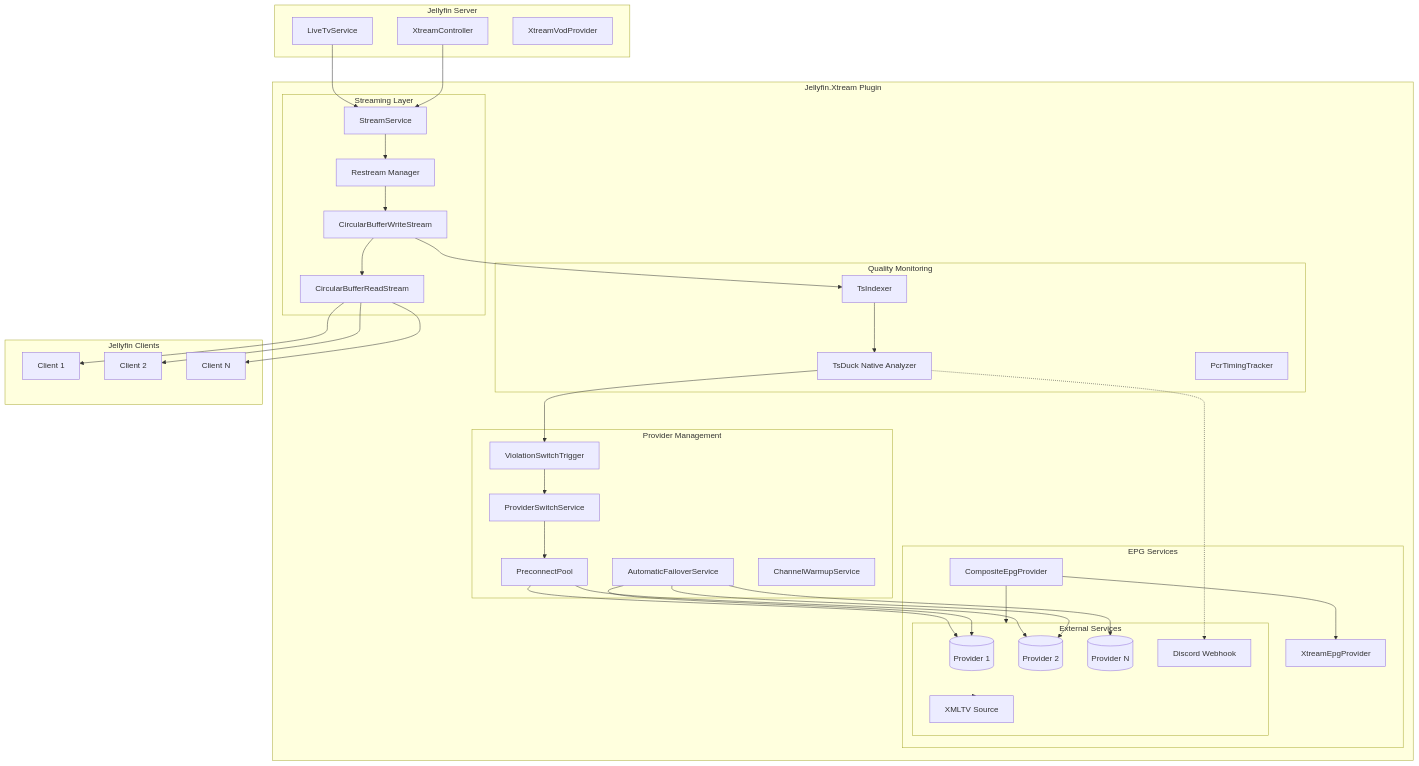
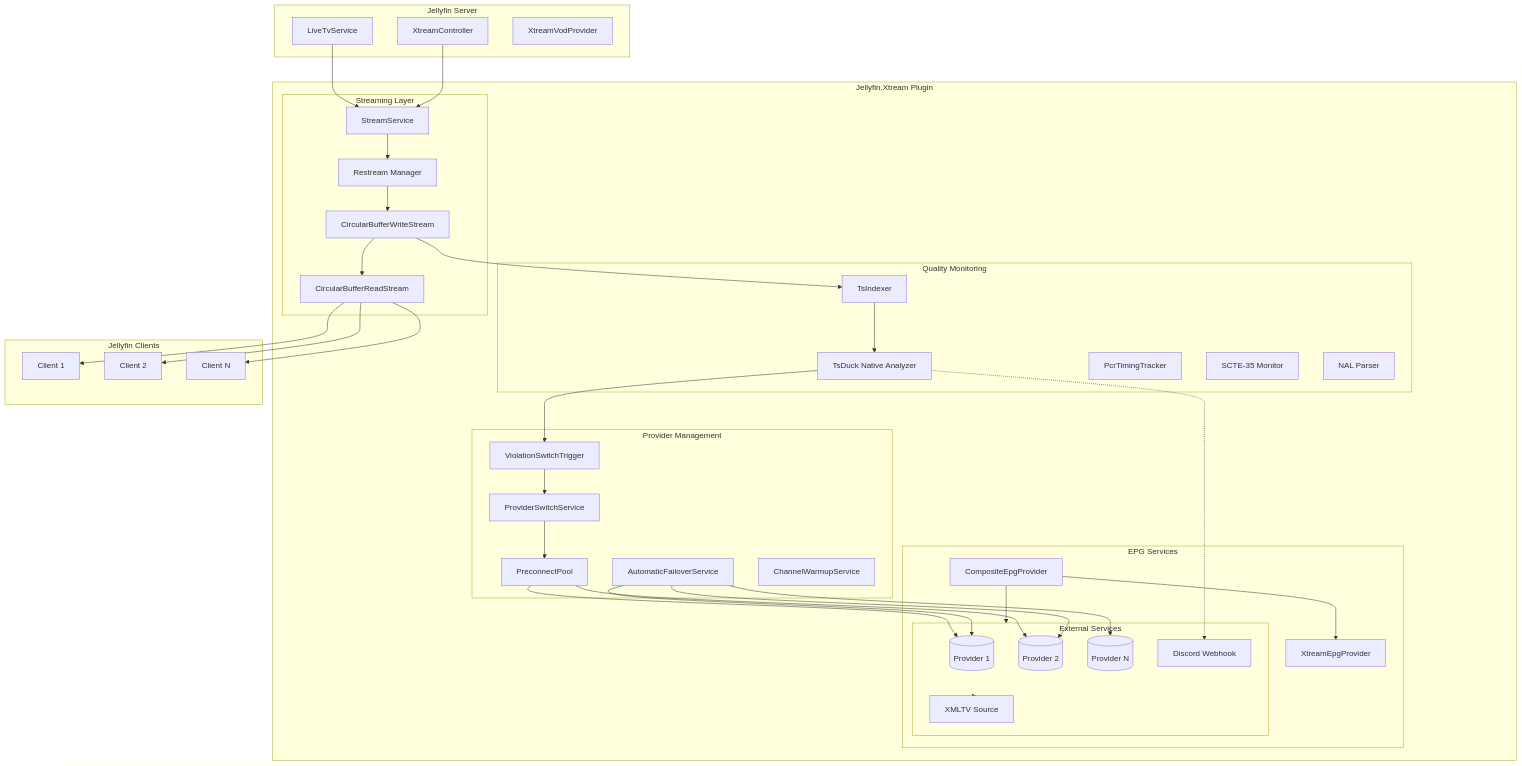
The first of 11 diagrams in README.md (magyargergo/Jellyfin.Xtream), drawn with Mermaid before and after one commit. The commit also changed other lines of this file and 7 other files, not shown here.

First line of the commit message:
feat(native): integrate SCTE-35 and NAL parser into analyzer API

````diff
--- a/README.md
+++ b/README.md
@@ -34,78 +36,80 @@
 ```mermaid
 graph TB
     subgraph Jellyfin["Jellyfin Server"]
         LiveTV[LiveTvService]
         API[XtreamController]
         VOD[XtreamVodProvider]
     end
 
     subgraph Plugin["Jellyfin.Xtream Plugin"]
         subgraph Streaming["Streaming Layer"]
             StreamService[StreamService]
             Restream[Restream Manager]
             WriteBuffer[CircularBufferWriteStream]
             ReadBuffer[CircularBufferReadStream]
         end
 
         subgraph Providers["Provider Management"]
             Failover[AutomaticFailoverService]
             Switch[ProviderSwitchService]
             Trigger[ViolationSwitchTrigger]
             Pool[PreconnectPool]
             Warmup[ChannelWarmupService]
         end
 
         subgraph Quality["Quality Monitoring"]
             TsIndexer[TsIndexer]
             TsDuck[TsDuck Native Analyzer]
             PcrTracker[PcrTimingTracker]
+            Scte35[SCTE-35 Monitor]
+            NalParser[NAL Parser]
         end
 
         subgraph EPG["EPG Services"]
             Composite[CompositeEpgProvider]
             Xtream[XtreamEpgProvider]
             External[ExternalXmltvEpgProvider]
         end
     end
 
     subgraph External["External Services"]
         Provider1[(Provider 1)]
         Provider2[(Provider 2)]
         ProviderN[(Provider N)]
         Discord[Discord Webhook]
         EPGSource[XMLTV Source]
     end
 
     subgraph Clients["Jellyfin Clients"]
         Client1[Client 1]
         Client2[Client 2]
         ClientN[Client N]
     end
 
     LiveTV --> StreamService
     API --> StreamService
     StreamService --> Restream
     Restream --> WriteBuffer
     WriteBuffer --> ReadBuffer
     ReadBuffer --> Client1
     ReadBuffer --> Client2
     ReadBuffer --> ClientN
 
     WriteBuffer --> TsIndexer
     TsIndexer --> TsDuck
     TsDuck --> Trigger
     Trigger --> Switch
     Switch --> Pool
     Pool --> Provider1
     Pool --> Provider2
 
     Failover --> Provider1
     Failover --> Provider2
     Failover --> ProviderN
 
     Composite --> Xtream
     Composite --> External
     External --> EPGSource
 
     TsDuck -.-> Discord
 ```
````
